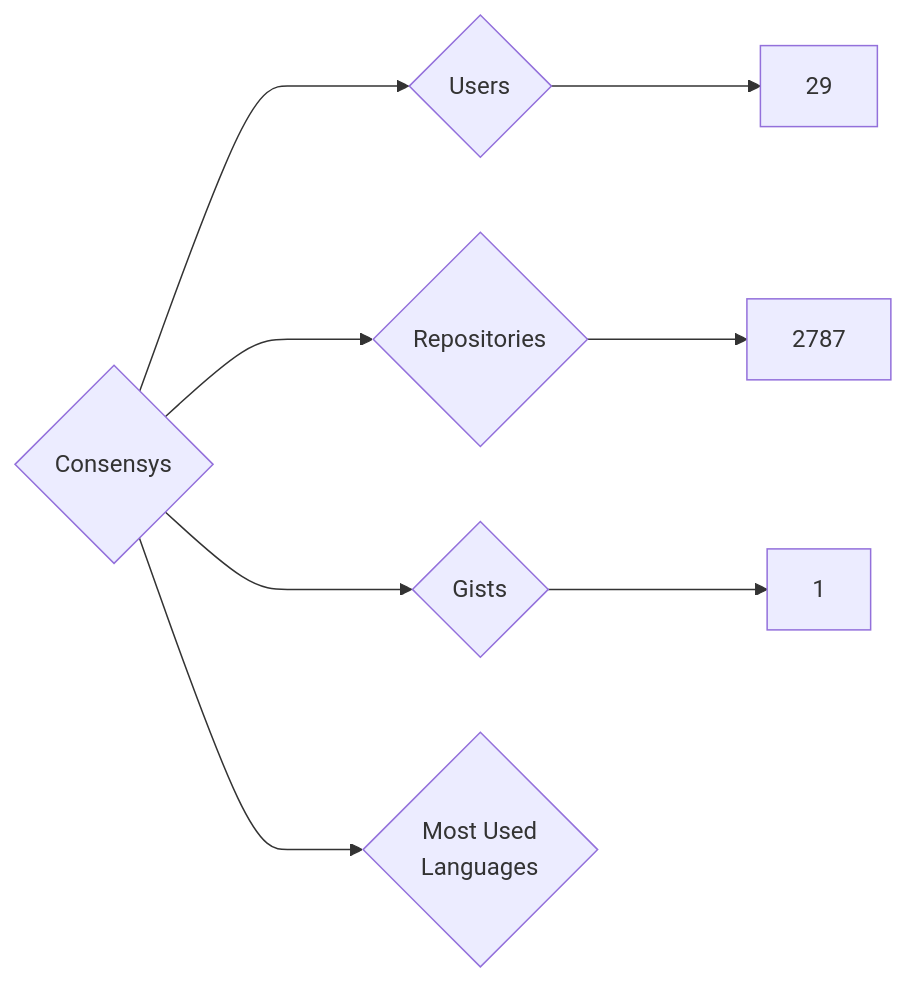
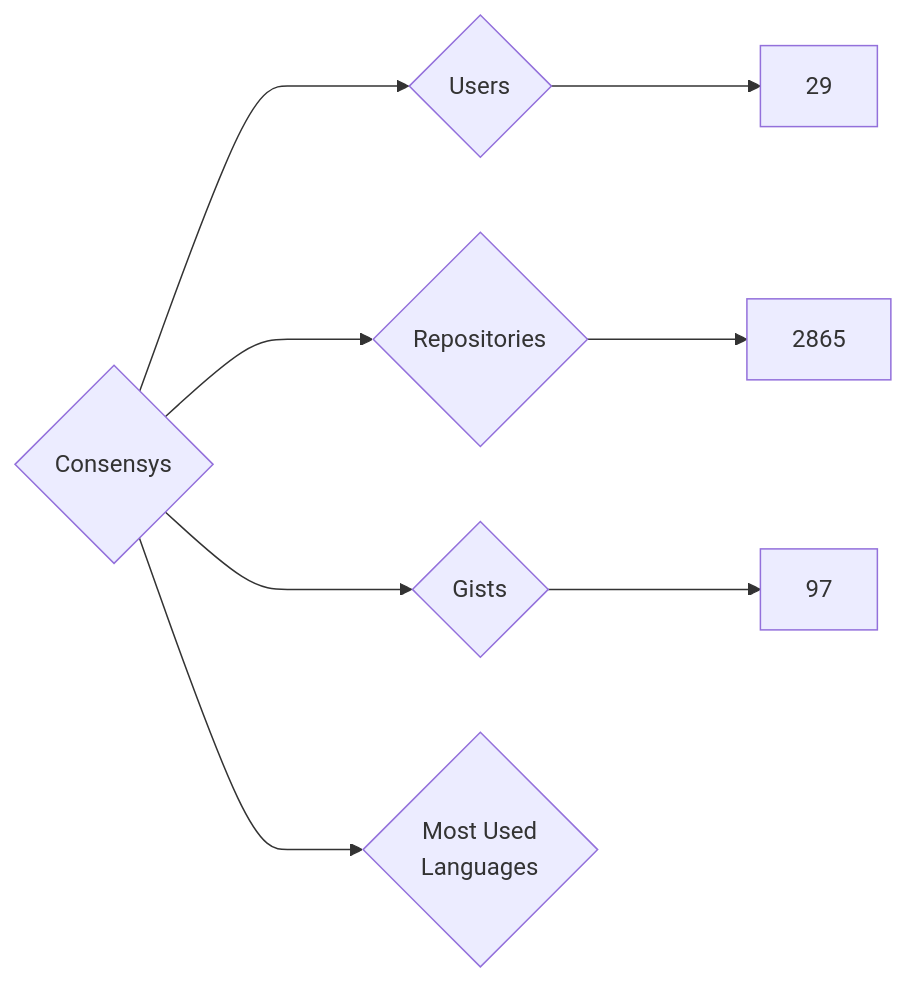
Before and after one commit to nenadzaric/insiders: the diagram in targets/Consensys/README.md, drawn with Mermaid. The commit also changed 1342 other files, not shown here.

````diff
--- a/targets/Consensys/README.md
+++ b/targets/Consensys/README.md
@@ -3,8 +3,8 @@
 ```mermaid
 graph LR
 COMPANY_NAME{Consensys}
 COMPANY_NAME ---> U{Users} ---> UN[29]
-COMPANY_NAME ---> R{Repositories} ---> RN[2787]
-COMPANY_NAME ---> G{Gists} ---> GN[1]
+COMPANY_NAME ---> R{Repositories} ---> RN[2865]
+COMPANY_NAME ---> G{Gists} ---> GN[97]
 COMPANY_NAME ---> ML{Most Used<br>Languages}
 ```
````
